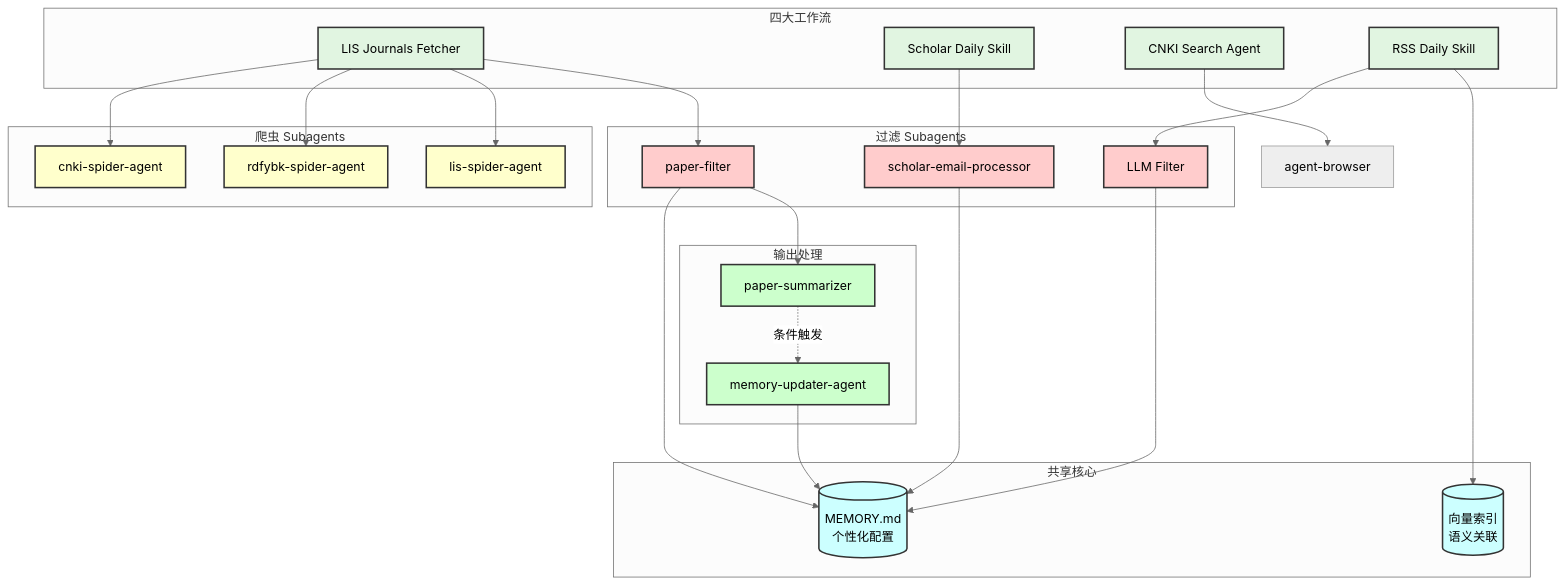
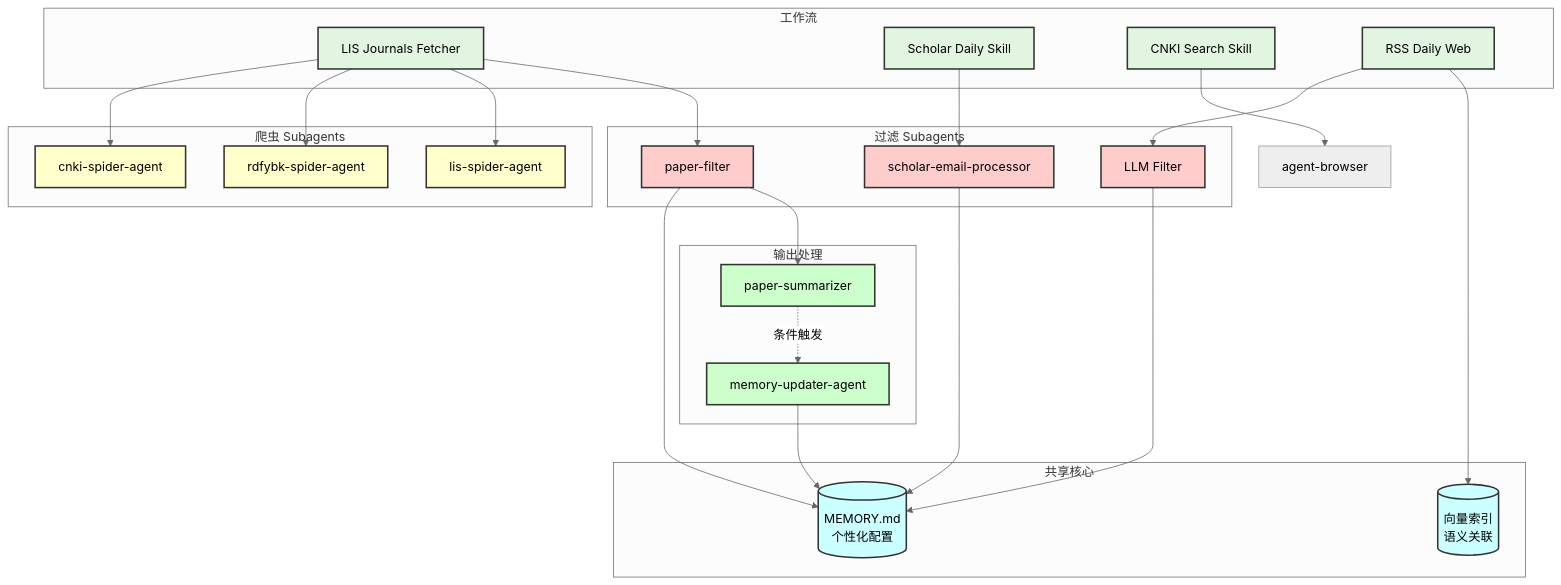
One commit to xulei-shl/lis-scholar-skill-toolkit changed the sixth of 6 diagrams in README.md. Above: the diagram before and after it, drawn with Mermaid (neutral theme).

````diff
--- a/README.md
+++ b/README.md
@@ -304,59 +304,59 @@
 ```mermaid
 graph TB
-    subgraph Workflows["四大工作流"]
+    subgraph Workflows["工作流"]
         W1[LIS Journals Fetcher]
         W2[Scholar Daily Skill]
-        W3[CNKI Search Agent]
-        W4[RSS Daily Skill]
+        W3[CNKI Search Skill]
+        W4[RSS Daily Web]
     end
 
     subgraph Filters["过滤 Subagents"]
         F1[paper-filter]
         F2[scholar-email-processor]
         F4[LLM Filter]
     end
 
     subgraph Spiders["爬虫 Subagents"]
         S1[cnki-spider-agent]
         S2[rdfybk-spider-agent]
         S3[lis-spider-agent]
     end
 
     subgraph Outputs["输出处理"]
         O1[paper-summarizer]
         O2[memory-updater-agent]
     end
 
     subgraph Core["共享核心"]
         M[(MEMORY.md<br/>个性化配置)]
         V[(向量索引<br/>语义关联)]
     end
 
     W1 --> S1 & S2 & S3
     W1 --> F1
     W2 --> F2
     W4 --> F4
 
     F1 --> M
     F2 --> M
     F4 --> M
 
     F1 --> O1
     O1 -.->|条件触发| O2
     O2 --> M
 
     W3 --> B[agent-browser]
     W4 --> V
 
     classDef workflow fill:#e1f5e1,stroke:#333,stroke-width:2px
     classDef filter fill:#ffcccc,stroke:#333,stroke-width:2px
     classDef spider fill:#ffffcc,stroke:#333,stroke-width:2px
     classDef output fill:#ccffcc,stroke:#333,stroke-width:2px
     classDef memory fill:#ccffff,stroke:#333,stroke-width:2px
 
     class W1,W2,W3,W4 workflow
     class F1,F2,F4 filter
     class S1,S2,S3 spider
     class O1,O2 output
     class M,V memory
 ```
````
